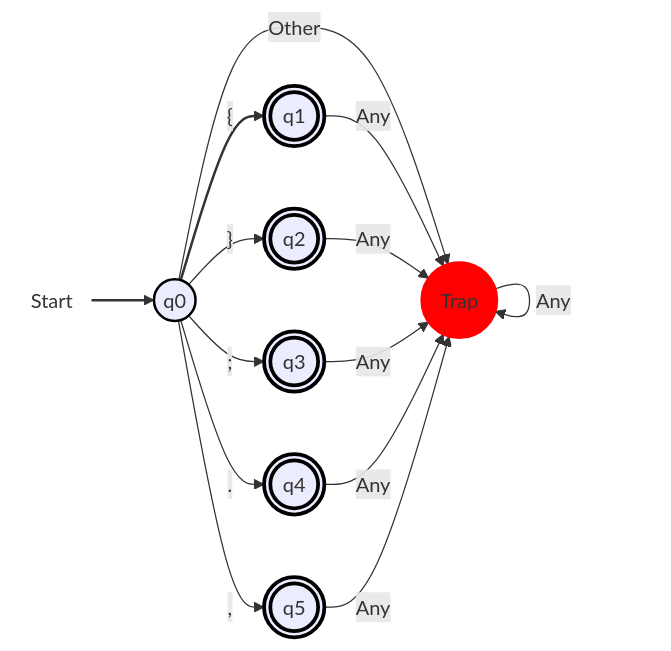
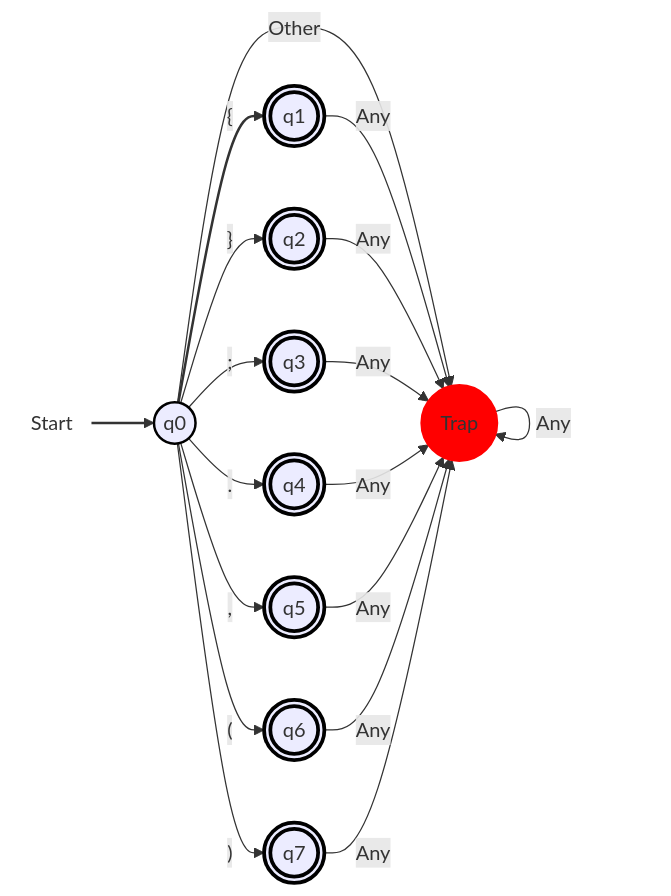
Before and after one commit to CS-Tiny-Compiler/a-tiny-compiler: the seventh of 9 diagrams in docs/DFA.md, drawn with Mermaid. The commit also changed other lines of this file, not shown here.

Commit message:
add parens to delimiters DFA

````diff
--- a/docs/DFA.md
+++ b/docs/DFA.md
@@ -233,25 +233,29 @@
 ```mermaid
 flowchart LR
   start(((Start))):::startNode --> q0(("q0")):::normal
   q0 --> |"{"| q1((("q1"))):::finalState
   q0 --> |"}"| q2((("q2"))):::finalState
   q0 --> |";"| q3((("q3"))):::finalState
   q0 --> |"."| q4((("q4"))):::finalState
   q0 --> |","| q5((("q5"))):::finalState
+  q0 --> |"("| q6((("q6"))):::finalState
+  q0 --> |")"| q7((("q7"))):::finalState
   q0 --> |Other| trap((("Trap"))):::trap
   q1 --> |Any| trap((("Trap"))):::trap
   q2 --> |Any| trap((("Trap"))):::trap
   q3 --> |Any| trap((("Trap"))):::trap
   q4 --> |Any| trap((("Trap"))):::trap
   q5 --> |Any| trap((("Trap"))):::trap
+  q6 --> |Any| trap((("Trap"))):::trap
+  q7 --> |Any| trap((("Trap"))):::trap
 
   trap --> |Any| trap
 
   classDef startNode fill:none,stroke:none;
   classDef normal stroke:#000,stroke-width:2px;
   classDef finalState stroke:#000,stroke-width:3px;
   classDef trap fill:#f00,stroke:#f00,stroke-width:2px;
 
   linkStyle 0 stroke-width:2px;
   linkStyle 1 stroke:#333,stroke-width:2px,fill:none;
 ```
````
